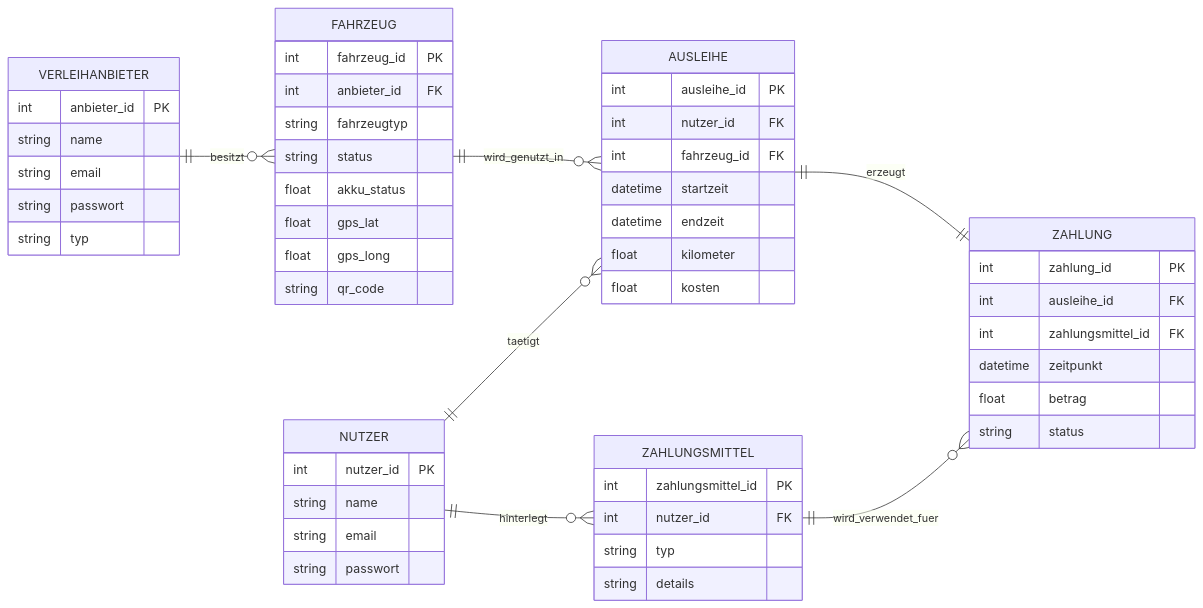
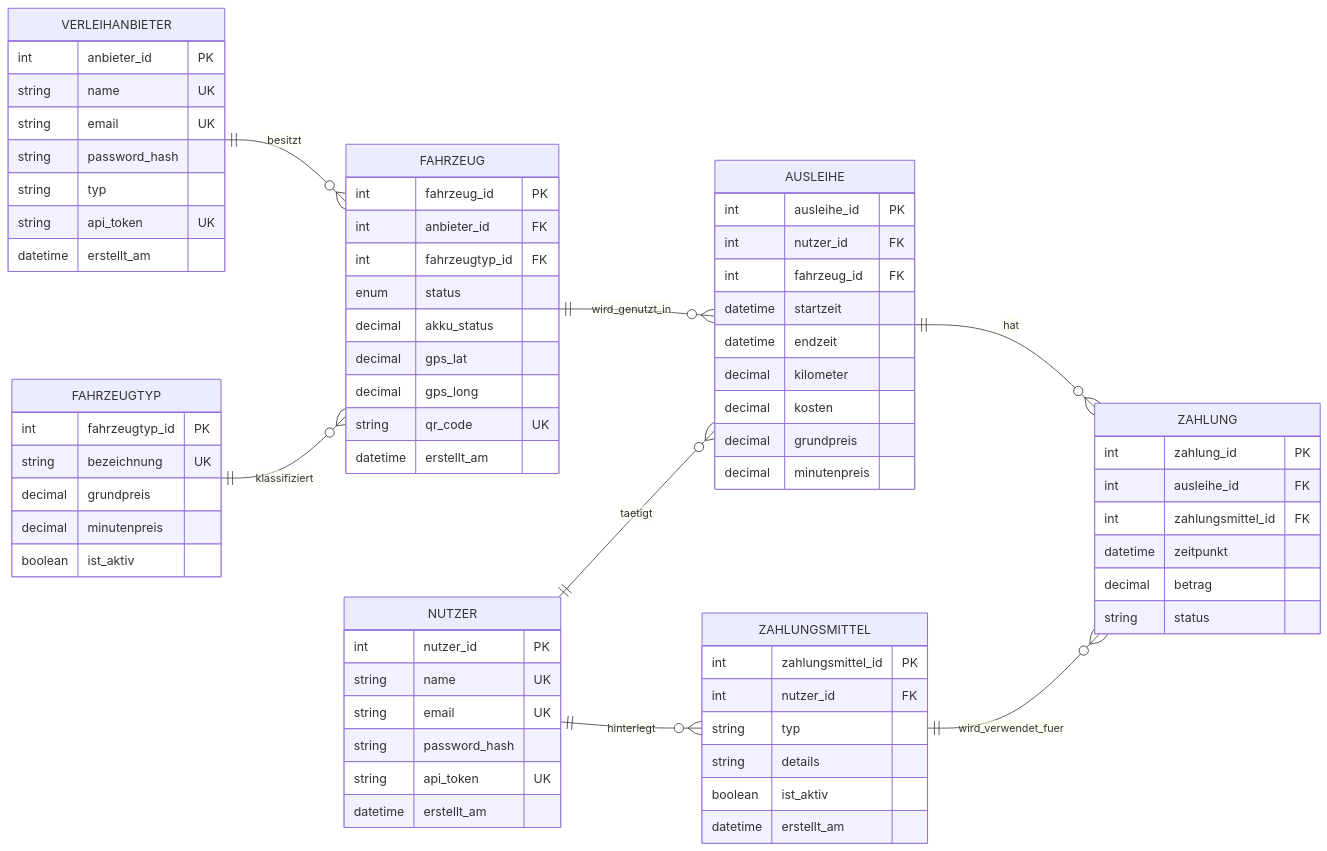
Before and after one commit to arno4000/scootcity: the first of 7 diagrams in docs/05_systemarchitektur.md, drawn with Mermaid. The commit also changed other lines of this file and 21 other files, not shown here.

````diff
--- a/docs/05_systemarchitektur.md
+++ b/docs/05_systemarchitektur.md
@@ -3,64 +3,82 @@
 ```mermaid
 %%{init: {'theme': 'default'}}%%
 erDiagram
     direction LR
 
     VERLEIHANBIETER {
         int anbieter_id PK
-        string name
-        string email
-        string passwort
+        string name UK
+        string email UK
+        string password_hash
         string typ
+        string api_token UK
+        datetime erstellt_am
     }
 
     FAHRZEUG {
         int fahrzeug_id PK
         int anbieter_id FK
-        string fahrzeugtyp
-        string status
-        float akku_status
-        float gps_lat
-        float gps_long
-        string qr_code
+        int fahrzeugtyp_id FK
+        enum status
+        decimal akku_status
+        decimal gps_lat
+        decimal gps_long
+        string qr_code UK
+        datetime erstellt_am
     }
 
     NUTZER {
         int nutzer_id PK
-        string name
-        string email
-        string passwort
+        string name UK
+        string email UK
+        string password_hash
+        string api_token UK
+        datetime erstellt_am
+    }
+
+    FAHRZEUGTYP {
+        int fahrzeugtyp_id PK
+        string bezeichnung UK
+        decimal grundpreis
+        decimal minutenpreis
+        boolean ist_aktiv
     }
 
     AUSLEIHE {
         int ausleihe_id PK
         int nutzer_id FK
         int fahrzeug_id FK
         datetime startzeit
         datetime endzeit
-        float kilometer
-        float kosten
+        decimal kilometer
+        decimal kosten
+        decimal grundpreis
+        decimal minutenpreis
     }
 
     ZAHLUNGSMITTEL {
         int zahlungsmittel_id PK
         int nutzer_id FK
         string typ
         string details
+        boolean ist_aktiv
+        datetime erstellt_am
     }
 
     ZAHLUNG {
         int zahlung_id PK
         int ausleihe_id FK
         int zahlungsmittel_id FK
         datetime zeitpunkt
-        float betrag
+        decimal betrag
         string status
     }
 
     VERLEIHANBIETER ||--o{ FAHRZEUG : besitzt
+    FAHRZEUGTYP ||--o{ FAHRZEUG : klassifiziert
     FAHRZEUG ||--o{ AUSLEIHE : wird_genutzt_in
     NUTZER ||--o{ AUSLEIHE : taetigt
     NUTZER ||--o{ ZAHLUNGSMITTEL : hinterlegt
     ZAHLUNGSMITTEL ||--o{ ZAHLUNG : wird_verwendet_fuer
-    AUSLEIHE ||--|| ZAHLUNG : erzeugt
+    AUSLEIHE ||--o{ ZAHLUNG : hat
 ```
````
